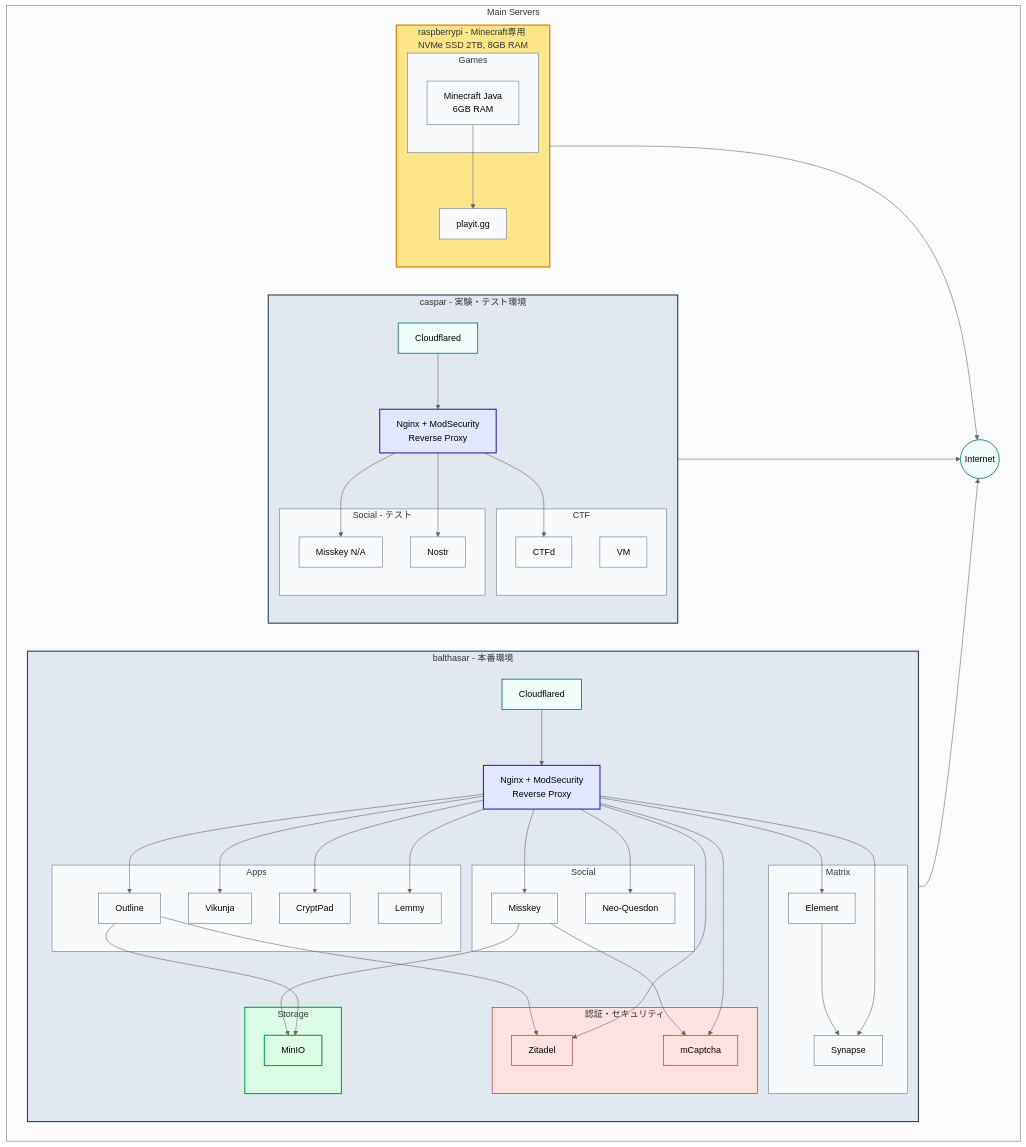
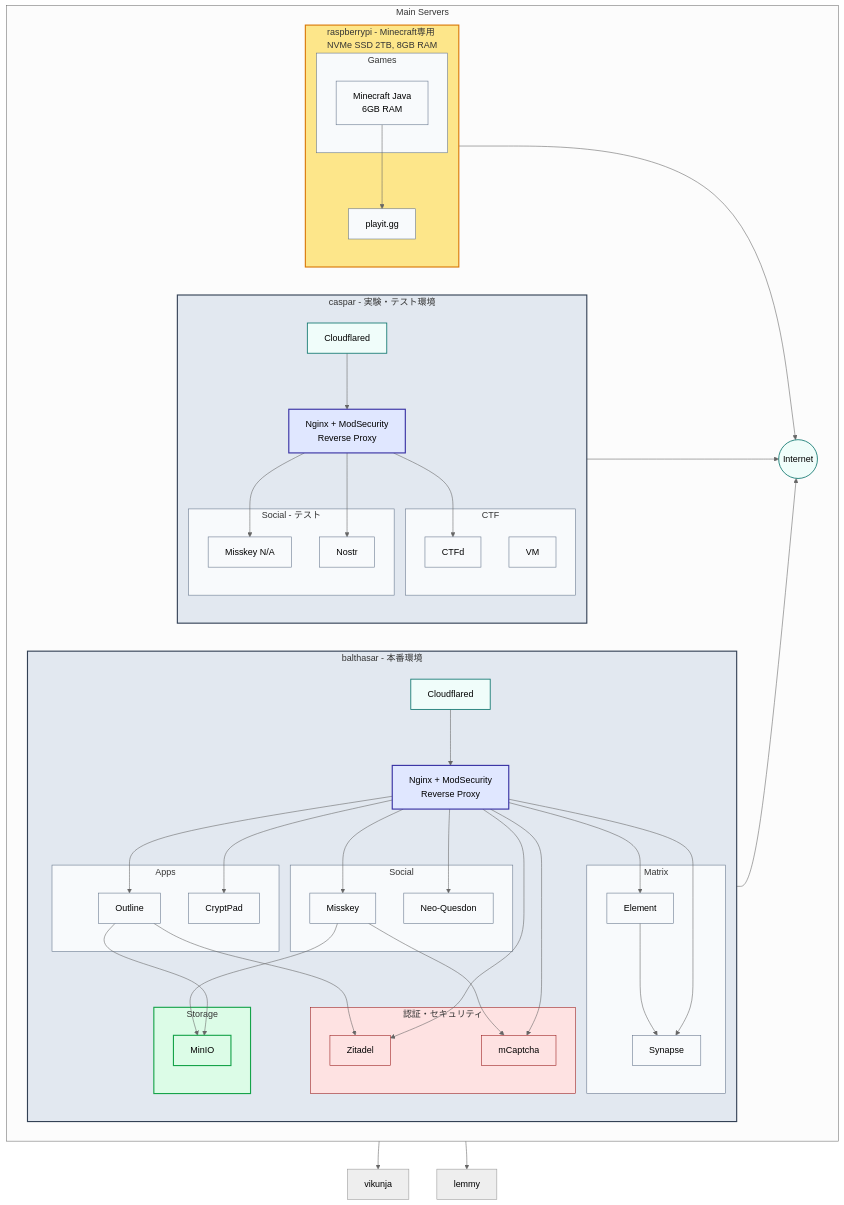
Before and after one commit to yamisskey-dev/hosted-list: the first of 5 diagrams in README.md, drawn with Mermaid (neutral theme).

```diff
--- a/README.md
+++ b/README.md
@@ -34,9 +34,7 @@
             end
             
             subgraph apps[Apps]
-                lemmy[Lemmy]:::service
                 outline[Outline]:::service
-                vikunja[Vikunja]:::service
                 cryptpad[CryptPad]:::service
             end
             
```
